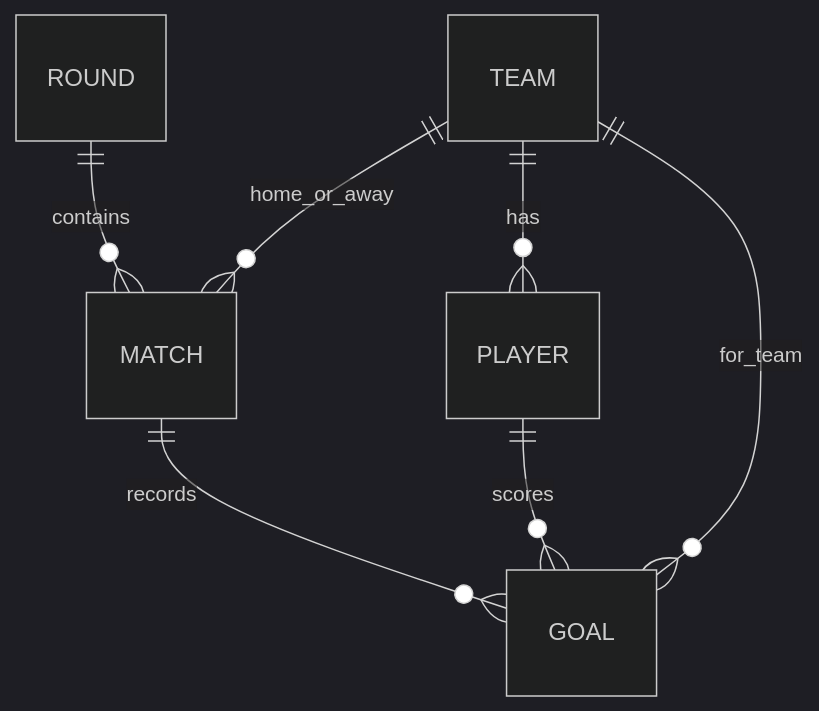
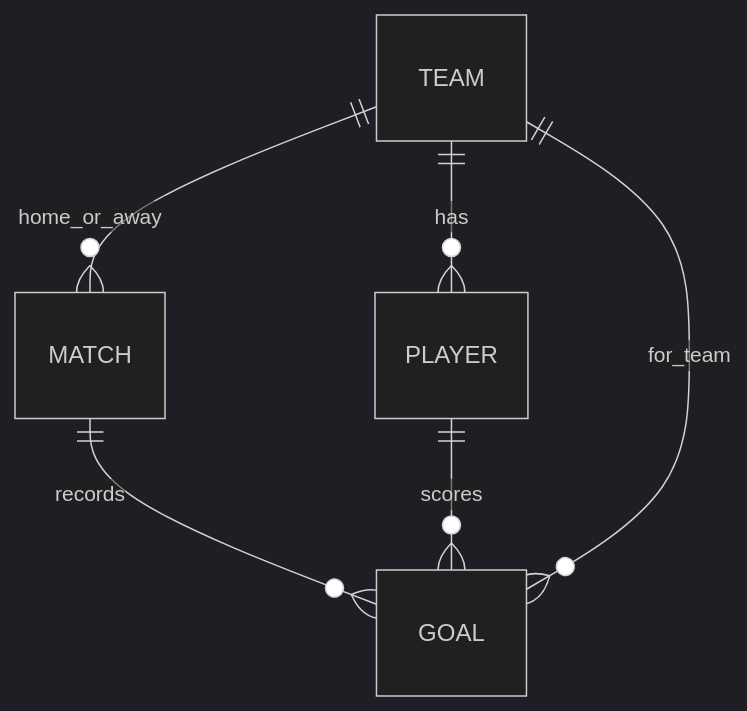
One commit to sanderkerkhofs/worldcup-manager-2026 changed the second of 3 diagrams in analysis/project_schema.md. Above: the diagram before and after it, drawn with Mermaid (dark theme). The commit also changed other lines of this file and 41 other files, not shown here.

````diff
--- a/analysis/project_schema.md
+++ b/analysis/project_schema.md
@@ -129,9 +118,8 @@
 ```mermaid
 erDiagram
-  ROUND ||--o{ MATCH : contains
   TEAM ||--o{ PLAYER : has
   MATCH ||--o{ GOAL : records
   PLAYER ||--o{ GOAL : scores
   TEAM ||--o{ GOAL : for_team
   TEAM ||--o{ MATCH : home_or_away
 ```
````
